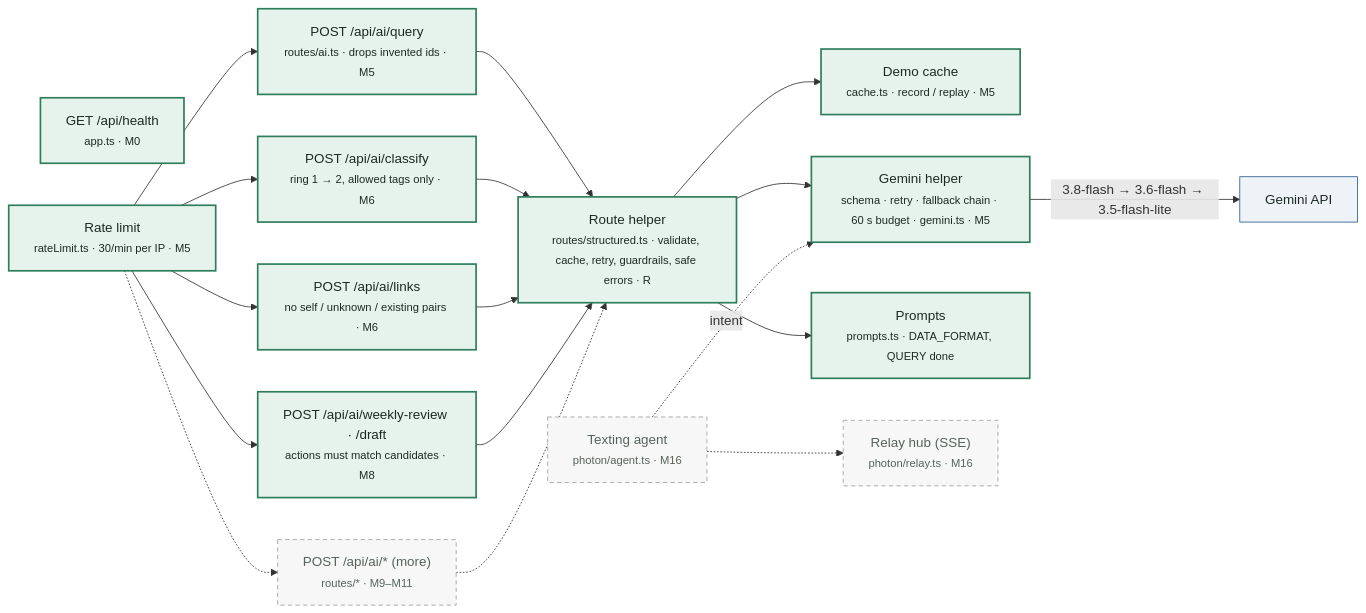
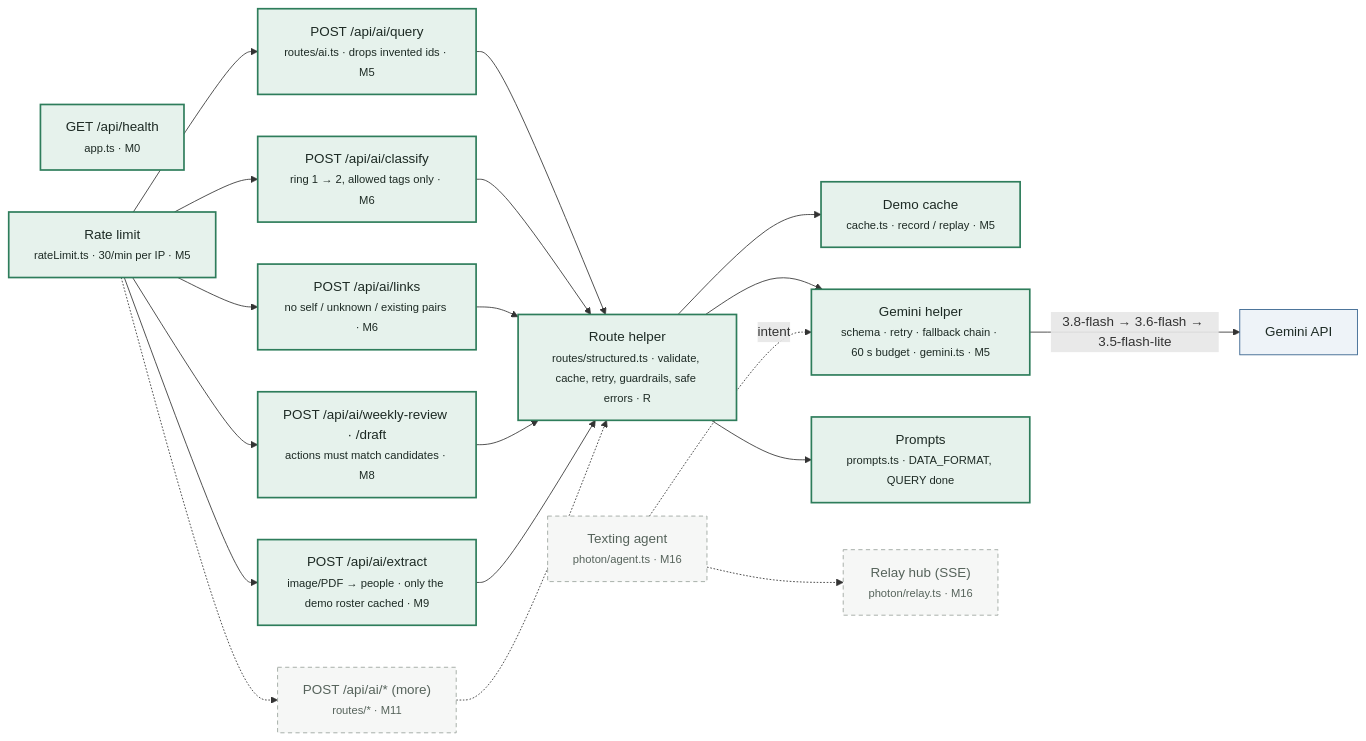
Before and after one commit to trafwel/ConnectWork: the third of 3 diagrams in docs/ARCHITECTURE.md, drawn with Mermaid. The commit also changed other lines of this file and 15 other files, not shown here.

First line of the commit message:
M9: Snap to add (photo or PDF → people)

````diff
--- a/docs/ARCHITECTURE.md
+++ b/docs/ARCHITECTURE.md
@@ -123,38 +125,41 @@
 ```mermaid
 flowchart LR
   Health["GET /api/health<br/><small>app.ts · M0</small>"]:::built
   Limit["Rate limit<br/><small>rateLimit.ts · 30/min per IP · M5</small>"]:::built
   Query["POST /api/ai/query<br/><small>routes/ai.ts · drops invented ids · M5</small>"]:::built
   Classify["POST /api/ai/classify<br/><small>ring 1 → 2, allowed tags only · M6</small>"]:::built
   Links["POST /api/ai/links<br/><small>no self / unknown / existing pairs · M6</small>"]:::built
   WeeklyR["POST /api/ai/weekly-review · /draft<br/><small>actions must match candidates · M8</small>"]:::built
-  Routes["POST /api/ai/* (more)<br/><small>routes/* · M9–M11</small>"]:::planned
+  Extract["POST /api/ai/extract<br/><small>image/PDF → people · only the demo roster cached · M9</small>"]:::built
+  Routes["POST /api/ai/* (more)<br/><small>routes/* · M11</small>"]:::planned
   Helper["Route helper<br/><small>routes/structured.ts · validate, cache, retry, guardrails, safe errors · R</small>"]:::built
   Cache["Demo cache<br/><small>cache.ts · record / replay · M5</small>"]:::built
   GeminiH["Gemini helper<br/><small>schema · retry · fallback chain · 60 s budget · gemini.ts · M5</small>"]:::built
   Prompts["Prompts<br/><small>prompts.ts · DATA_FORMAT, QUERY done</small>"]:::built
   Agent["Texting agent<br/><small>photon/agent.ts · M16</small>"]:::planned
   Hub["Relay hub (SSE)<br/><small>photon/relay.ts · M16</small>"]:::planned
   Gemini["Gemini API"]:::external
 
   Limit --> Query
   Limit --> Classify
   Limit --> Links
   Limit --> WeeklyR
+  Limit --> Extract
   Limit -.-> Routes
   Query --> Helper
   Classify --> Helper
   Links --> Helper
   WeeklyR --> Helper
+  Extract --> Helper
   Routes -.-> Helper
   Helper --> Cache
   Helper --> GeminiH
   Helper --> Prompts
   GeminiH -->|"3.8-flash → 3.6-flash → 3.5-flash-lite"| Gemini
   Agent -.->|"intent"| GeminiH
   Agent -.-> Hub
 
   classDef built fill:#e6f2ec,stroke:#2e7d5b,stroke-width:2px,color:#1d2a24;
   classDef planned fill:#f6f7f6,stroke:#9aa39c,stroke-dasharray:5 4,color:#56635b;
   classDef external fill:#eef3f8,stroke:#2f5d8a,color:#1d2a24;
 ```
````
